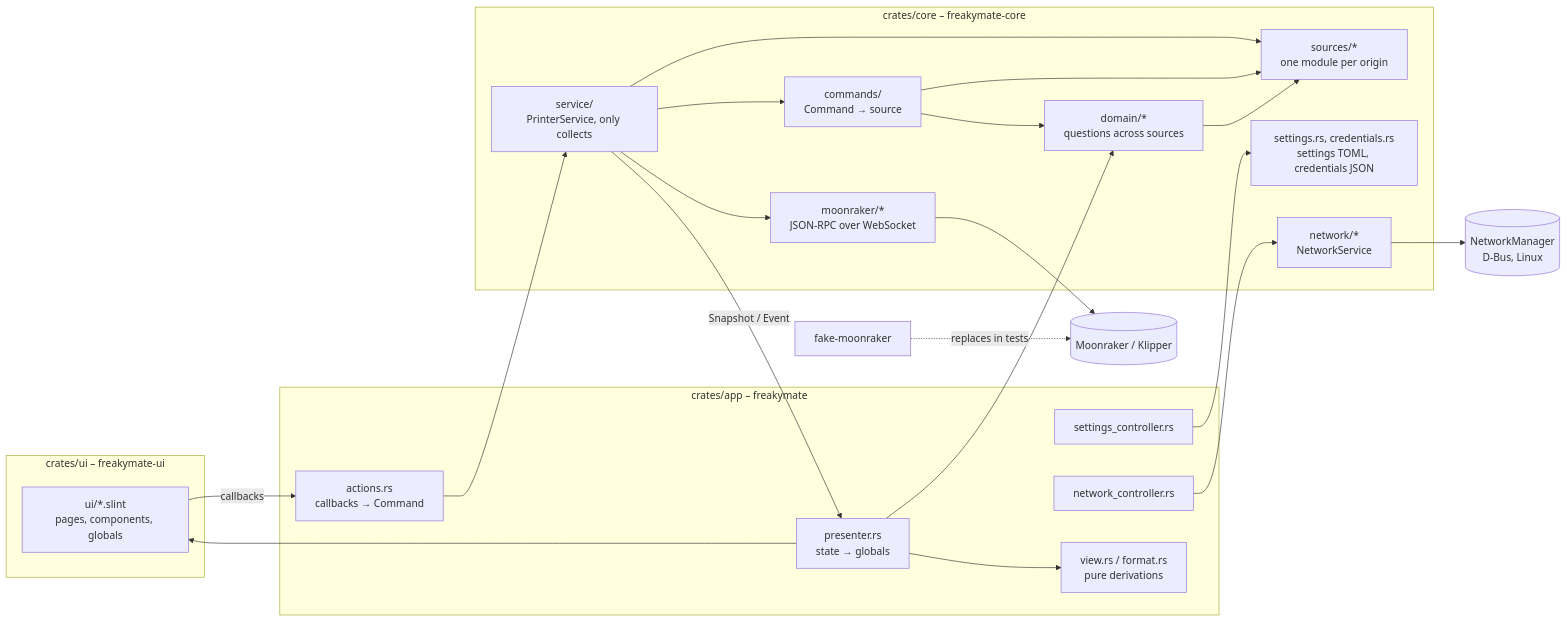
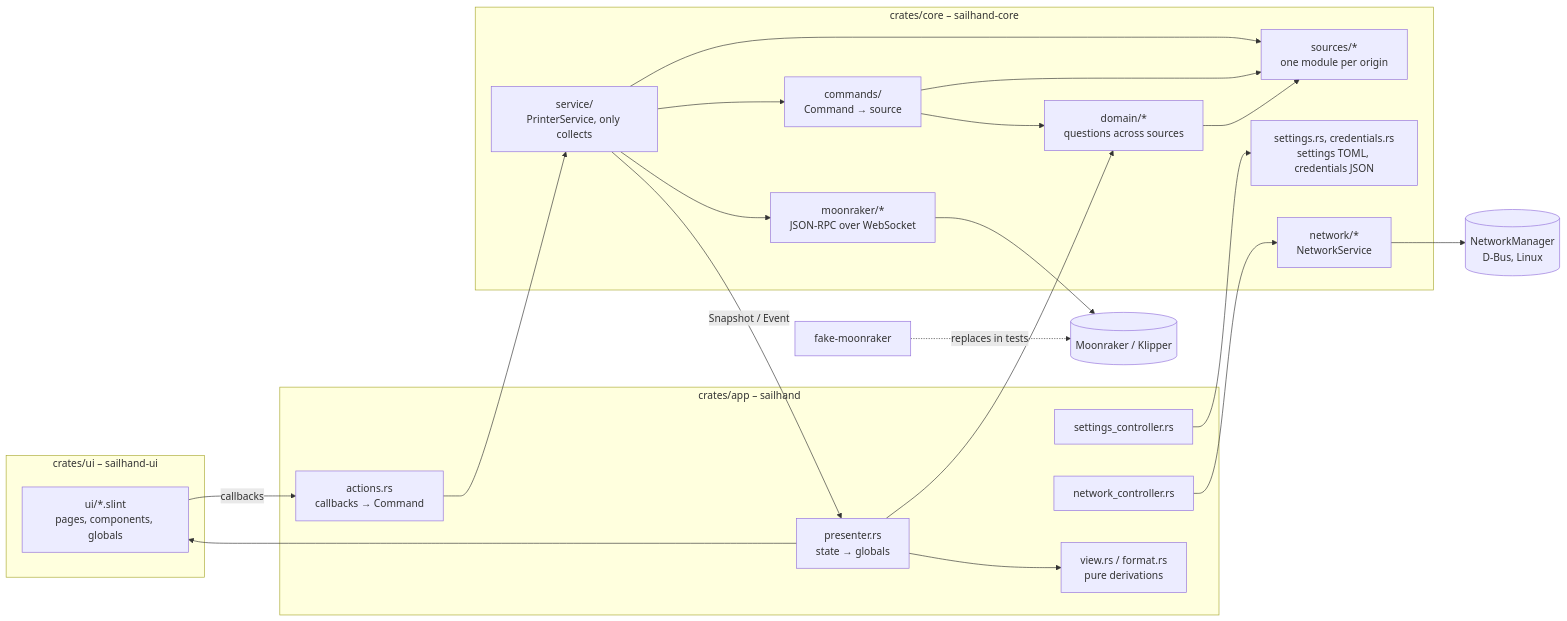
Before and after one commit to freakydude/freakymate: the diagram in docs/architecture.md, drawn with Mermaid. The commit also changed other lines of this file and 133 other files, not shown here.

````diff
--- a/docs/architecture.md
+++ b/docs/architecture.md
@@ -8,37 +8,37 @@
 ```mermaid
 flowchart LR
-    subgraph ui [crates/ui – freakymate-ui]
+    subgraph ui [crates/ui – sailhand-ui]
         UI[ui/*.slint<br/>pages, components, globals]
     end
-    subgraph app [crates/app – freakymate]
+    subgraph app [crates/app – sailhand]
         P[presenter.rs<br/>state → globals]
         A[actions.rs<br/>callbacks → Command]
         S[settings_controller.rs]
         N[network_controller.rs]
         V[view.rs / format.rs<br/>pure derivations]
     end
-    subgraph core [crates/core – freakymate-core]
+    subgraph core [crates/core – sailhand-core]
         SVC[service/<br/>PrinterService, only collects]
         CMD[commands/<br/>Command → source]
         DOM[domain/*<br/>questions across sources]
         SRC[sources/*<br/>one module per origin]
         MR[moonraker/*<br/>JSON-RPC over WebSocket]
         SET[settings.rs, credentials.rs<br/>settings TOML, credentials JSON]
         NET[network/*<br/>NetworkService]
     end
     M[(Moonraker / Klipper)]
     F[fake-moonraker]
     NM[(NetworkManager<br/>D-Bus, Linux)]
 
     UI -- callbacks --> A --> SVC
     SVC -- Snapshot / Event --> P --> UI
     P --> V
     P --> DOM
     S --> SET
     SVC --> CMD --> DOM --> SRC
     CMD --> SRC
     SVC --> SRC
     SVC --> MR --> M
     F -. replaces in tests .-> M
     N --> NET --> NM
 ```
````
